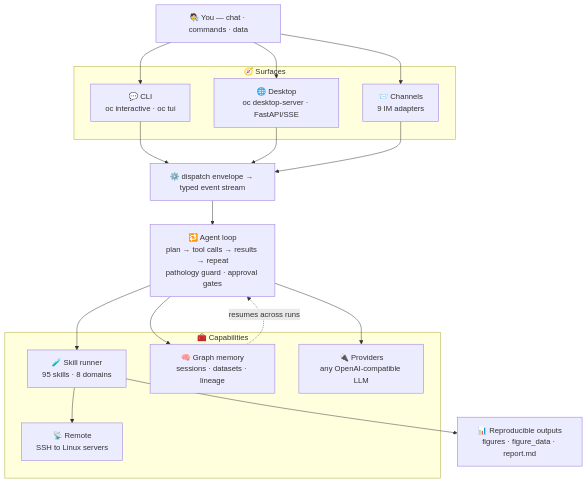
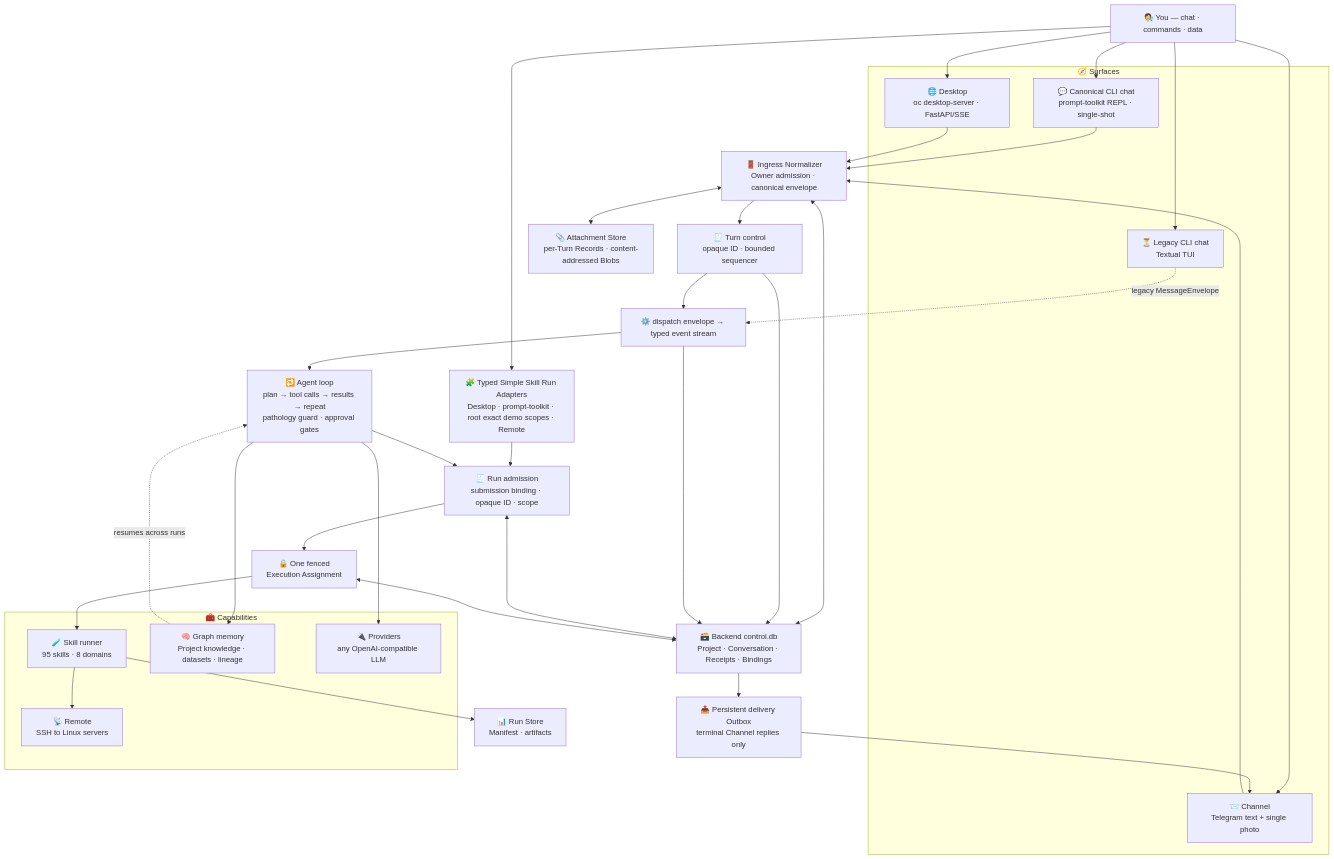
One commit to zhou-1314/OmicsClaw changed the diagram in README.md. Above: the diagram before and after it, drawn with Mermaid. The commit also changed other lines of this file and 463 other files, not shown here.

````diff
--- a/README.md
+++ b/README.md
@@ -117,32 +133,53 @@
 ```mermaid
 flowchart TD
     U["🧑‍🔬 You — chat · commands · data"]
 
     subgraph Surfaces["🧭 Surfaces"]
-        CLI["💬 CLI<br/>oc interactive · oc tui"]
+        PCLI["💬 Canonical CLI chat<br/>prompt-toolkit REPL · single-shot"]
+        TUI["⏳ Legacy CLI chat<br/>Textual TUI"]
         DESK["🌐 Desktop<br/>oc desktop-server · FastAPI/SSE"]
-        CHAN["📨 Channels<br/>9 IM adapters"]
+        CHAN["📨 Channel<br/>Telegram text + single photo"]
     end
 
+    INGRESS["🚪 Ingress Normalizer<br/>Owner admission · canonical envelope"]
+    CONTROL["🗃️ Backend control.db<br/>Project · Conversation · Receipts · Bindings"]
+    ATTACH["📎 Attachment Store<br/>per-Turn Records · content-addressed Blobs"]
+    OUTBOX["📤 Persistent delivery Outbox<br/>terminal Channel replies only"]
+    TURN["🧾 Turn control<br/>opaque ID · bounded sequencer"]
+    RUNADAPTERS["🧩 Typed Simple Skill Run Adapters<br/>Desktop · prompt-toolkit · root exact demo scopes · Remote"]
+    RUNADM["🧾 Run admission<br/>submission binding · opaque ID · scope"]
+    ASSIGN["🔒 One fenced<br/>Execution Assignment"]
     DISPATCH["⚙️ dispatch envelope → typed event stream"]
     LOOP["🔁 Agent loop<br/>plan → tool calls → results → repeat<br/>pathology guard · approval gates"]
 
     subgraph Capabilities["🧰 Capabilities"]
         SKILLS["🧪 Skill runner<br/>95 skills · 8 domains"]
-        MEMORY["🧠 Graph memory<br/>sessions · datasets · lineage"]
+        MEMORY["🧠 Graph memory<br/>Project knowledge · datasets · lineage"]
         PROV["🔌 Providers<br/>any OpenAI-compatible LLM"]
         REMOTE["📡 Remote<br/>SSH to Linux servers"]
     end
 
-    OUT["📊 Reproducible outputs<br/>figures · figure_data · report.md"]
+    OUT["📊 Run Store<br/>Manifest · artifacts"]
 
-    U --> CLI & DESK & CHAN
-    CLI --> DISPATCH
-    DESK --> DISPATCH
-    CHAN --> DISPATCH
+    U --> PCLI & TUI & DESK & CHAN & RUNADAPTERS
+    PCLI & DESK & CHAN --> INGRESS
+    TUI -. legacy MessageEnvelope .-> DISPATCH
+    RUNADAPTERS --> RUNADM
+    INGRESS <--> CONTROL
+    INGRESS <--> ATTACH
+    INGRESS --> TURN
+    TURN --> CONTROL
+    TURN --> DISPATCH
+    DISPATCH --> CONTROL
+    CONTROL --> OUTBOX
+    OUTBOX --> CHAN
     DISPATCH --> LOOP
-    LOOP --> SKILLS & MEMORY & PROV
+    LOOP --> RUNADM & MEMORY & PROV
+    RUNADM <--> CONTROL
+    RUNADM --> ASSIGN
+    ASSIGN <--> CONTROL
+    ASSIGN --> SKILLS
     SKILLS --> REMOTE
     SKILLS --> OUT
     MEMORY -. resumes across runs .-> LOOP
 ```
````
